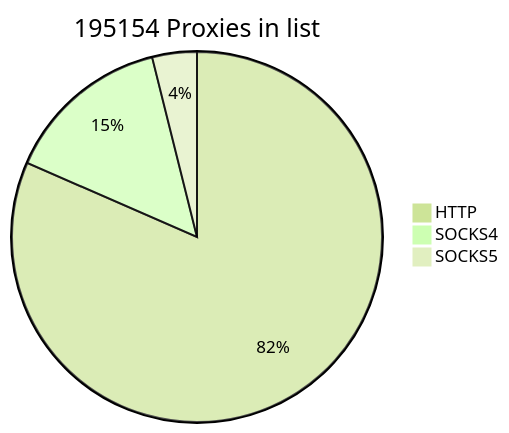
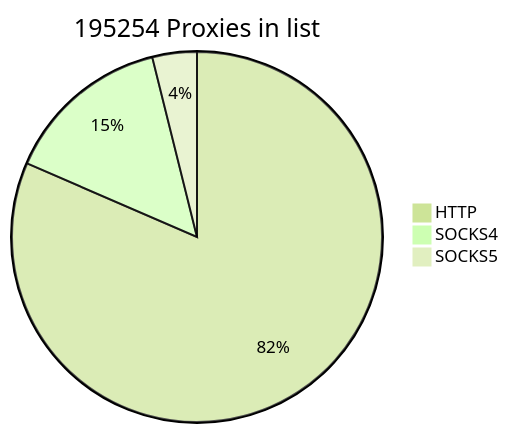
The first of 2 diagrams in README.md (cutipu/proxylist), drawn with Mermaid (forest theme) before and after one commit. The commit also changed other lines of this file, not shown here.

````diff
--- a/README.md
+++ b/README.md
@@ -2,7 +2,7 @@
 ```mermaid
-pie title 195154 Proxies in list
+pie title 195254 Proxies in list
     "HTTP" : 159148
-    "SOCKS4" : 28404
-    "SOCKS5" : 7602
+    "SOCKS4" : 28526
+    "SOCKS5" : 7580
             
 ```
````
